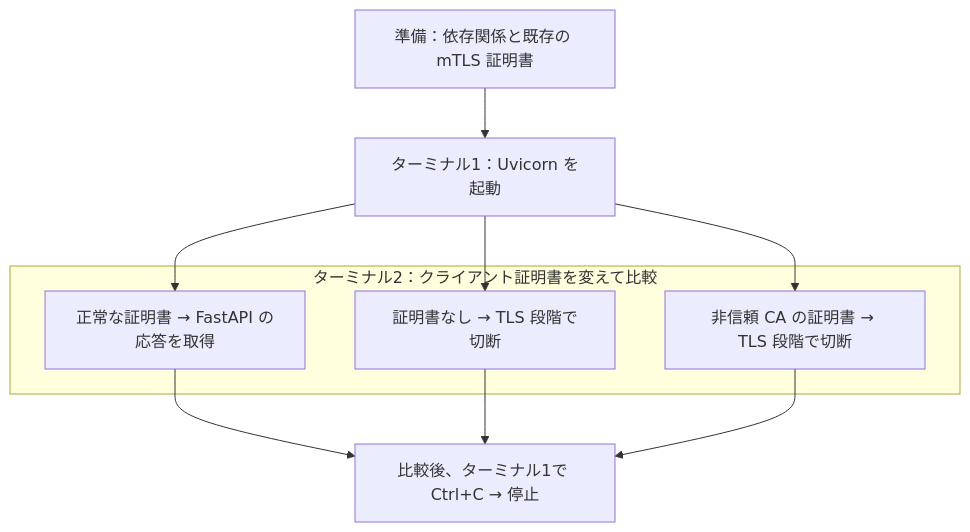
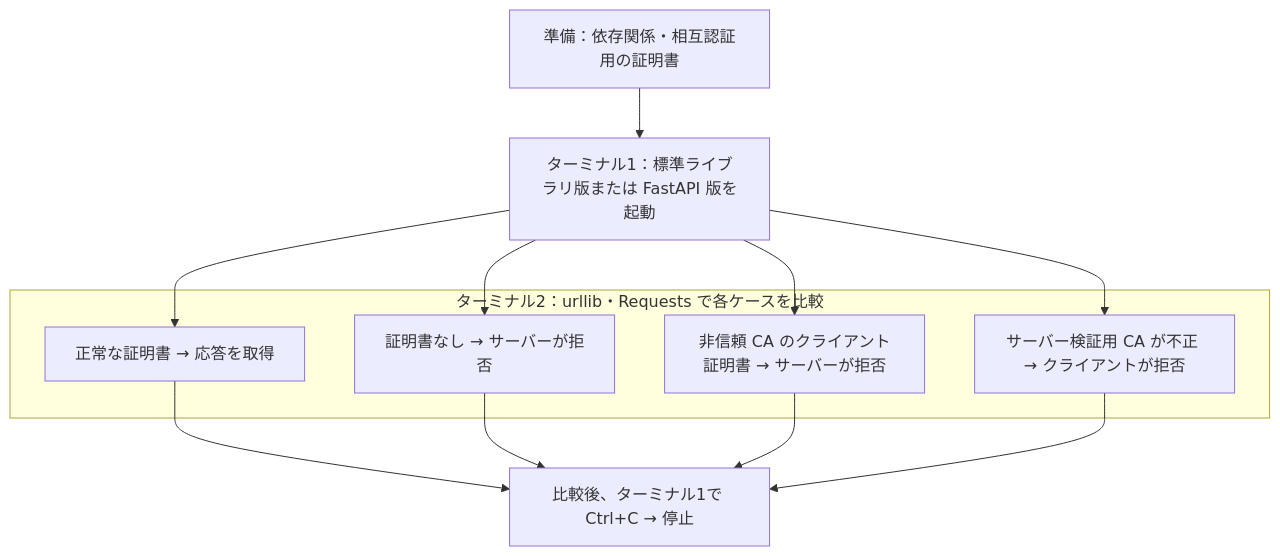
Before and after one commit to tayutaedomo/mlts-sandbox: the second of 2 diagrams in local-mtls/README.md, drawn with Mermaid. The commit also changed other lines of this file and 2 other files, not shown here.

First line of the commit message:
docs: HTTPS・mTLS の確認手順とクライアント比較を整理

````diff
--- a/local-mtls/README.md
+++ b/local-mtls/README.md
@@ -251,15 +168,18 @@
 ```mermaid
 flowchart TD
-    A["準備：依存関係と既存の mTLS 証明書"] --> B["ターミナル1：Uvicorn を起動"]
-    subgraph client["ターミナル2：クライアント証明書を変えて比較"]
-        C["正常な証明書 → FastAPI の応答を取得"]
-        D["証明書なし → TLS 段階で切断"]
-        E["非信頼 CA の証明書 → TLS 段階で切断"]
+    A["準備：依存関係・相互認証用の証明書"] --> B["ターミナル1：標準ライブラリ版または FastAPI 版を起動"]
+    subgraph client["ターミナル2：urllib・Requests で各ケースを比較"]
+        C["正常な証明書 → 応答を取得"]
+        D["証明書なし → サーバーが拒否"]
+        E["非信頼 CA のクライアント証明書 → サーバーが拒否"]
+        F["サーバー検証用 CA が不正 → クライアントが拒否"]
     end
     B --> C
     B --> D
     B --> E
-    C --> F["比較後、ターミナル1で Ctrl+C → 停止"]
-    D --> F
-    E --> F
+    B --> F
+    C --> G["比較後、ターミナル1で Ctrl+C → 停止"]
+    D --> G
+    E --> G
+    F --> G
 ```
````
